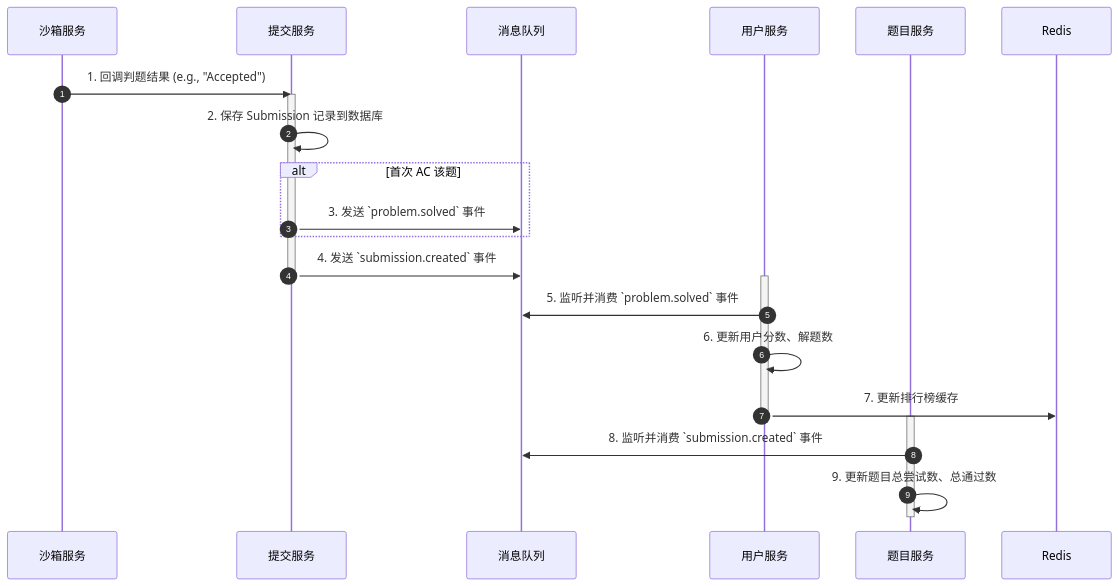
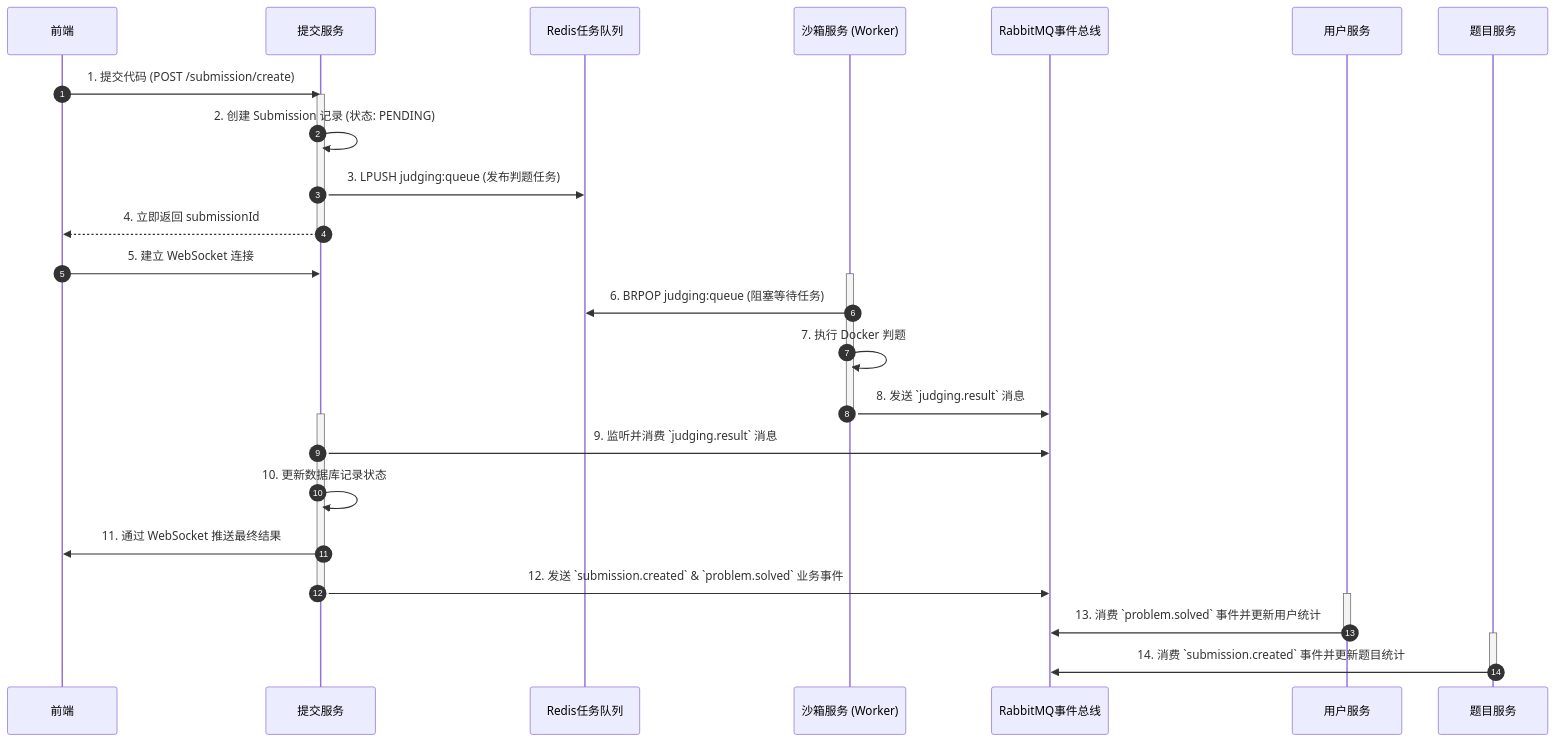
One commit to Decade-qiu/D-OnlineJudge changed the second of 3 diagrams in docs/0.technology.md. Above: the diagram before and after it, drawn with Mermaid. The commit also changed other lines of this file and 1 other file, not shown here.

Commit message:
:memo: docs: align all documents with new async architecture

````diff
--- a/docs/0.technology.md
+++ b/docs/0.technology.md
@@ -86,29 +91,41 @@
 ```mermaid
 sequenceDiagram
     autonumber
-    participant Sandbox as 沙箱服务
+    participant FE as 前端
     participant Submission as 提交服务
-    participant RabbitMQ as 消息队列
+    participant RedisQueue as Redis任务队列
+    participant Sandbox as 沙箱服务 (Worker)
+    participant RabbitMQ as RabbitMQ事件总线
     participant User as 用户服务
     participant Problem as 题目服务
 
-    Sandbox->>Submission: 1. 回调判题结果 (e.g., "Accepted")
+    FE->>Submission: 1. 提交代码 (POST /submission/create)
     activate Submission
-    Submission->>Submission: 2. 保存 Submission 记录到数据库
-    alt 首次 AC 该题
-        Submission->>RabbitMQ: 3. 发送 `problem.solved` 事件
-    end
-    Submission->>RabbitMQ: 4. 发送 `submission.created` 事件
+    Submission->>Submission: 2. 创建 Submission 记录 (状态: PENDING)
+    Submission->>RedisQueue: 3. LPUSH judging:queue (发布判题任务)
+    Submission-->>FE: 4. 立即返回 submissionId
+    deactivate Submission
+
+    FE->>Submission: 5. 建立 WebSocket 连接
+
+    activate Sandbox
+    Sandbox->>RedisQueue: 6. BRPOP judging:queue (阻塞等待任务)
+    Sandbox->>Sandbox: 7. 执行 Docker 判题
+    Sandbox->>RabbitMQ: 8. 发送 `judging.result` 消息
+    deactivate Sandbox
+
+    activate Submission
+    Submission->>RabbitMQ: 9. 监听并消费 `judging.result` 消息
+    Submission->>Submission: 10. 更新数据库记录状态
+    Submission->>FE: 11. 通过 WebSocket 推送最终结果
+    Submission->>RabbitMQ: 12. 发送 `submission.created` & `problem.solved` 业务事件
     deactivate Submission
 
     activate User
-    User->>RabbitMQ: 5. 监听并消费 `problem.solved` 事件
-    User->>User: 6. 更新用户分数、解题数
-    User->>Redis: 7. 更新排行榜缓存
+    User->>RabbitMQ: 13. 消费 `problem.solved` 事件并更新用户统计
     deactivate User
 
     activate Problem
-    Problem->>RabbitMQ: 8. 监听并消费 `submission.created` 事件
-    Problem->>Problem: 9. 更新题目总尝试数、总通过数
+    Problem->>RabbitMQ: 14. 消费 `submission.created` 事件并更新题目统计
     deactivate Problem
 ```
````
